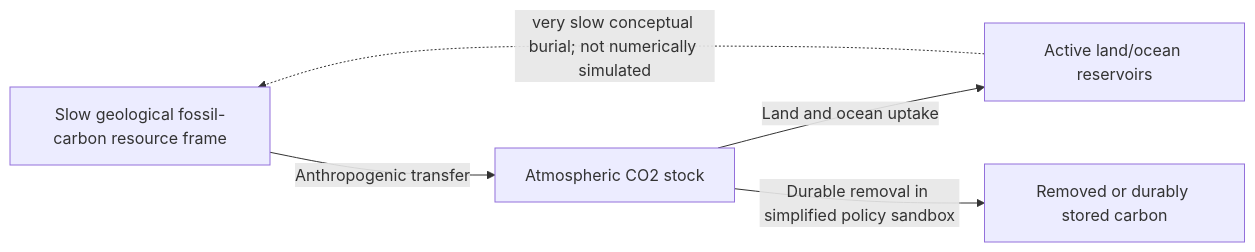
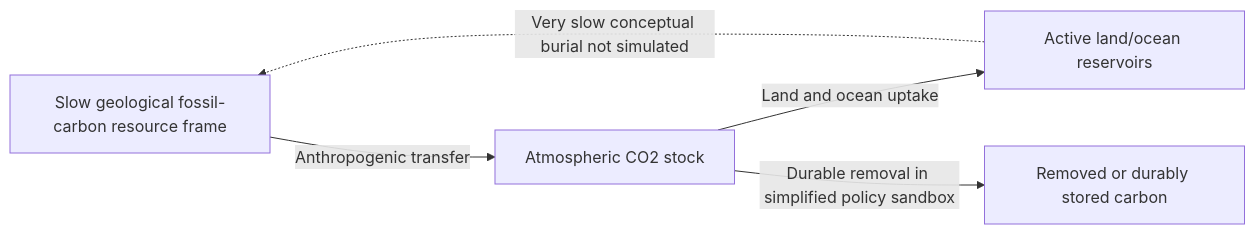
One commit to Aryakia/carbon-cycle-demo changed the diagram in docs/VISUAL_CASE_STUDY.md. Above: the diagram before and after it, drawn with Mermaid.

Commit message:
docs(showcase): simplify dotted-arrow label for Mermaid compatibility

````diff
--- a/docs/VISUAL_CASE_STUDY.md
+++ b/docs/VISUAL_CASE_STUDY.md
@@ -9,7 +9,7 @@
 ```mermaid
 flowchart LR
   G[Slow geological fossil-carbon resource frame] -->|Anthropogenic transfer| A[Atmospheric CO2 stock]
   A -->|Land and ocean uptake| S[Active land/ocean reservoirs]
-  S -. very slow conceptual burial; not numerically simulated .-> G
+  S -.->|Very slow conceptual burial not simulated| G
   A -->|Durable removal in simplified policy sandbox| R[Removed or durably stored carbon]
 ```
````
